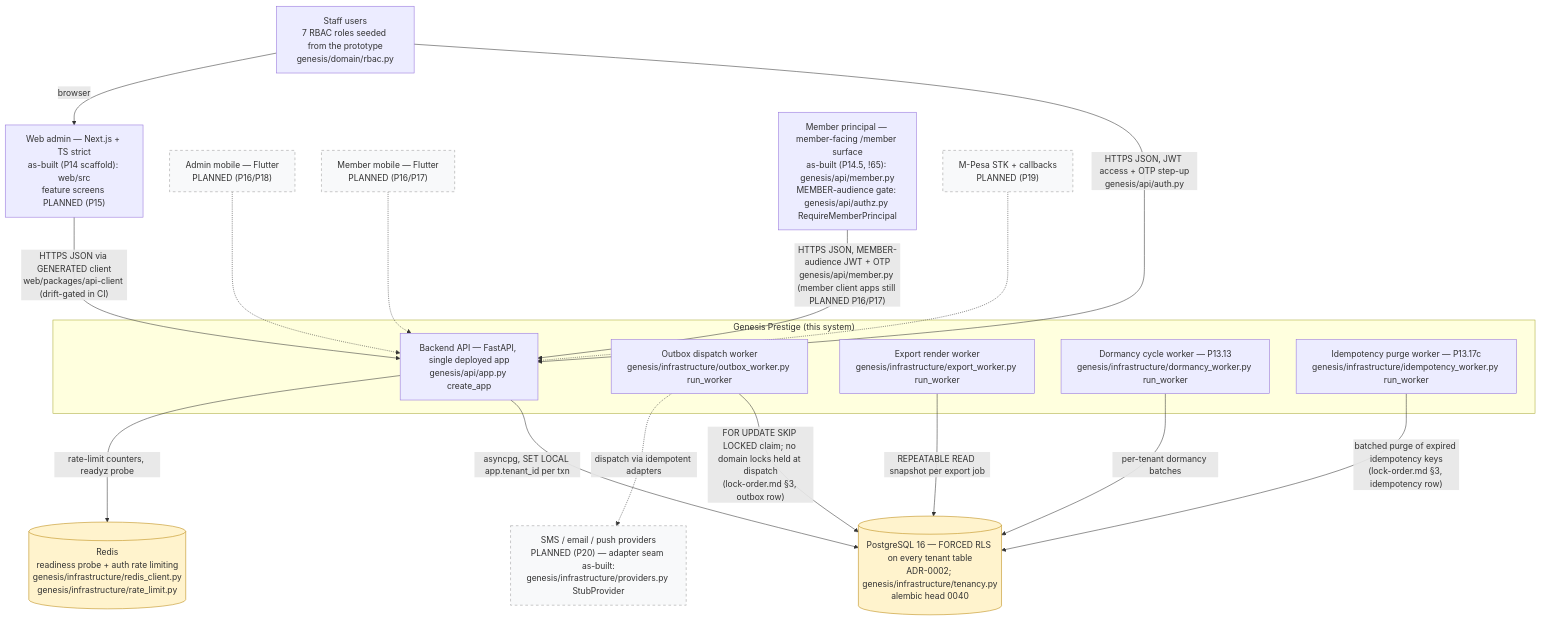
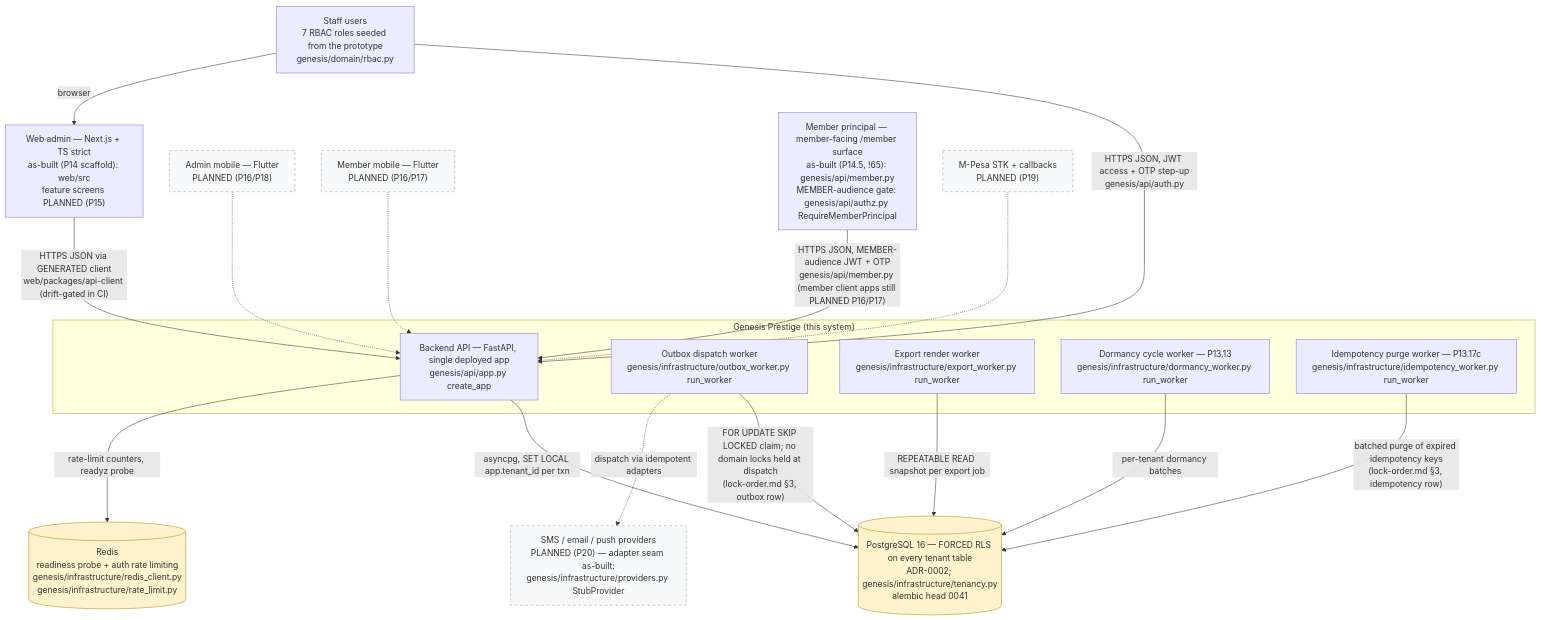
One commit to Benson-Kim/genesis-sacco changed the diagram in docs/diagrams/c4-context.md. Above: the diagram before and after it, drawn with Mermaid. The commit also changed other lines of this file and 5 other files, not shown here.

````diff
--- a/docs/diagrams/c4-context.md
+++ b/docs/diagrams/c4-context.md
@@ -53,46 +60,46 @@
 ```mermaid
 flowchart TB
     %% Authored against main @ 08541b860f1445b16c342c39b6606d86b9dbeb17
     %% L1 context — as-built boxes cite genesis modules; dashed = PLANNED (Pn).
 
     STAFF["Staff users<br/>7 RBAC roles seeded from the prototype<br/>genesis/domain/rbac.py"]
 
     subgraph SYS["Genesis Prestige (this system)"]
         API["Backend API — FastAPI, single deployed app<br/>genesis/api/app.py create_app"]
         OBW["Outbox dispatch worker<br/>genesis/infrastructure/outbox_worker.py run_worker"]
         EXW["Export render worker<br/>genesis/infrastructure/export_worker.py run_worker"]
         DMW["Dormancy cycle worker — P13.13<br/>genesis/infrastructure/dormancy_worker.py run_worker"]
         IDW["Idempotency purge worker — P13.17c<br/>genesis/infrastructure/idempotency_worker.py run_worker"]
     end
 
-    PG[("PostgreSQL 16 — FORCED RLS on every tenant table<br/>ADR-0002; genesis/infrastructure/tenancy.py<br/>alembic head 0040")]
+    PG[("PostgreSQL 16 — FORCED RLS on every tenant table<br/>ADR-0002; genesis/infrastructure/tenancy.py<br/>alembic head 0041")]
     RD[("Redis<br/>readiness probe + auth rate limiting<br/>genesis/infrastructure/redis_client.py<br/>genesis/infrastructure/rate_limit.py")]
 
     WEB["Web admin — Next.js + TS strict<br/>as-built (P14 scaffold): web/src<br/>feature screens PLANNED (P15)"]
     ADM["Admin mobile — Flutter<br/>PLANNED (P16/P18)"]
     MEM["Member mobile — Flutter<br/>PLANNED (P16/P17)"]
     MPR["Member principal — member-facing /member surface<br/>as-built (P14.5, !65): genesis/api/member.py<br/>MEMBER-audience gate: genesis/api/authz.py RequireMemberPrincipal"]
     MPESA["M-Pesa STK + callbacks<br/>PLANNED (P19)"]
     PROV["SMS / email / push providers<br/>PLANNED (P20) — adapter seam as-built:<br/>genesis/infrastructure/providers.py StubProvider"]
 
     STAFF -->|"HTTPS JSON, JWT access + OTP step-up<br/>genesis/api/auth.py"| API
     API -->|"asyncpg, SET LOCAL app.tenant_id per txn"| PG
     API -->|"rate-limit counters, readyz probe"| RD
     OBW -->|"FOR UPDATE SKIP LOCKED claim; no domain locks held at dispatch<br/>(lock-order.md §3, outbox row)"| PG
     EXW -->|"REPEATABLE READ snapshot per export job"| PG
     DMW -->|"per-tenant dormancy batches"| PG
     IDW -->|"batched purge of expired idempotency keys<br/>(lock-order.md §3, idempotency row)"| PG
     OBW -.->|"dispatch via idempotent adapters"| PROV
 
     STAFF -->|"browser"| WEB
     WEB -->|"HTTPS JSON via GENERATED client<br/>web/packages/api-client (drift-gated in CI)"| API
     ADM -.-> API
     MEM -.-> API
     MPR -->|"HTTPS JSON, MEMBER-audience JWT + OTP<br/>genesis/api/member.py (member client apps still PLANNED P16/P17)"| API
     MPESA -.-> API
 
     classDef planned fill:#f8f9fa,stroke:#999,stroke-dasharray: 5 5;
     class ADM,MEM,MPESA,PROV planned;
     classDef store fill:#fff3cd,stroke:#b8860b;
     class PG,RD store;
 ```
````
